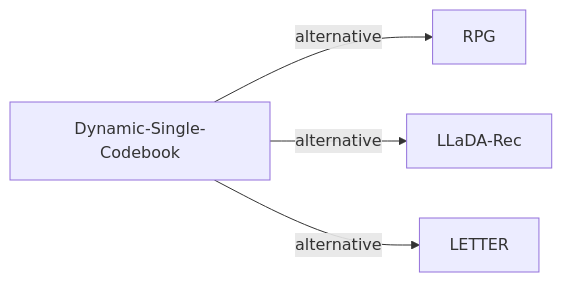
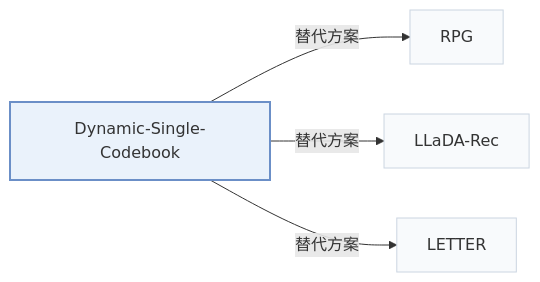
One commit to Galaxy-ghost/Awesome-SID-Generative-Rec changed the second of 2 diagrams in pages/zh/papers/dynamic-single-codebook.md. Above: the diagram before and after it, drawn with Mermaid. The commit also changed other lines of this file and 649 other files, not shown here.

Commit message:
writer-05: also tags and modality index (schema, check, build, visuals); summary field removed; calibration data for 12 papers

````diff
--- a/pages/zh/papers/dynamic-single-codebook.md
+++ b/pages/zh/papers/dynamic-single-codebook.md
@@ -68,7 +73,11 @@
 ```mermaid
 flowchart LR
     P["Dynamic-Single-Codebook"]
-    P -->|alternative| A["RPG"]
-    P -->|alternative| B["LLaDA-Rec"]
-    P -->|alternative| C["LETTER"]
+    P -->|"替代方案"| A["RPG"]
+    P -->|"替代方案"| B["LLaDA-Rec"]
+    P -->|"替代方案"| C["LETTER"]
+    classDef main fill:#eaf2fb,stroke:#6b8fc7,stroke-width:2px
+    classDef peer fill:#f8fafc,stroke:#cbd5e1
+    class P main
+    class A,B,C peer
 ```
````
